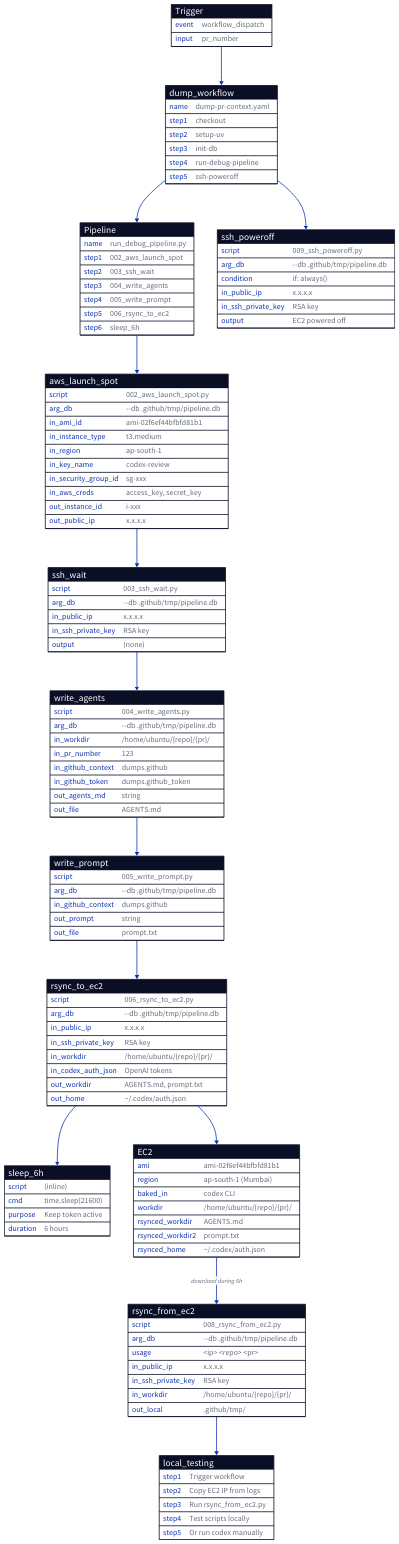
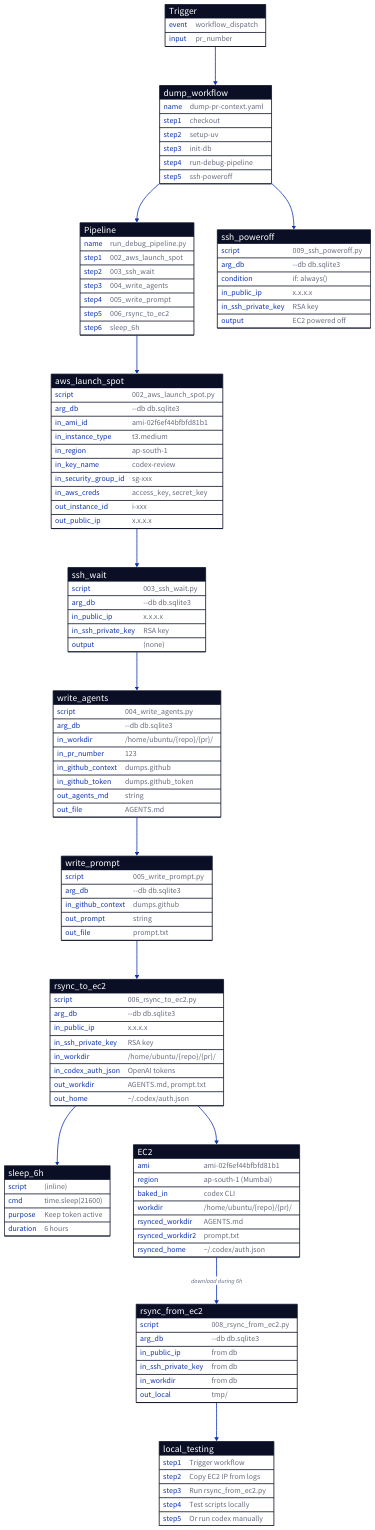
The diagram in flow_diagrams/debug_flow.d2 (fossh/codex-code-review-poc1), drawn with D2 before and after one commit. The commit also changed 9 other files, not shown here.

```diff
--- a/flow_diagrams/debug_flow.d2
+++ b/flow_diagrams/debug_flow.d2
@@ -1,154 +1,153 @@
 direction: down
 
 # Debug/Local Testing Flow
 
 # Trigger
 Trigger: {
   shape: sql_table
   event: "workflow_dispatch"
   input: "pr_number"
 }
 
 # Dump Workflow
 dump_workflow: {
   shape: sql_table
   name: "dump-pr-context.yaml"
   step1: "checkout"
   step2: "setup-uv"
   step3: "init-db"
   step4: "run-debug-pipeline"
   step5: "ssh-poweroff"
 }
 
 Trigger -> dump_workflow
 
 # Debug Pipeline
 Pipeline: {
   shape: sql_table
   name: "run_debug_pipeline.py"
   step1: "002_aws_launch_spot"
   step2: "003_ssh_wait"
   step3: "004_write_agents"
   step4: "005_write_prompt"
   step5: "006_rsync_to_ec2"
   step6: "sleep_6h"
 }
 
 aws_launch_spot: {
   shape: sql_table
   script: "002_aws_launch_spot.py"
-  arg_db: "--db .github/tmp/pipeline.db"
+  arg_db: "--db db.sqlite3"
   in_ami_id: "ami-02f6ef44bfbfd81b1"
   in_instance_type: "t3.medium"
   in_region: "ap-south-1"
   in_key_name: "codex-review"
   in_security_group_id: "sg-xxx"
   in_aws_creds: "access_key, secret_key"
   out_instance_id: "i-xxx"
   out_public_ip: "x.x.x.x"
 }
 
 ssh_wait: {
   shape: sql_table
   script: "003_ssh_wait.py"
-  arg_db: "--db .github/tmp/pipeline.db"
+  arg_db: "--db db.sqlite3"
   in_public_ip: "x.x.x.x"
   in_ssh_private_key: "RSA key"
   output: "(none)"
 }
 
 write_agents: {
   shape: sql_table
   script: "004_write_agents.py"
-  arg_db: "--db .github/tmp/pipeline.db"
+  arg_db: "--db db.sqlite3"
   in_workdir: "/home/ubuntu/{repo}/{pr}/"
   in_pr_number: "123"
   in_github_context: "dumps.github"
   in_github_token: "dumps.github_token"
   out_agents_md: "string"
   out_file: "AGENTS.md"
 }
 
 write_prompt: {
   shape: sql_table
   script: "005_write_prompt.py"
-  arg_db: "--db .github/tmp/pipeline.db"
+  arg_db: "--db db.sqlite3"
   in_github_context: "dumps.github"
   out_prompt: "string"
   out_file: "prompt.txt"
 }
 
 rsync_to_ec2: {
   shape: sql_table
   script: "006_rsync_to_ec2.py"
-  arg_db: "--db .github/tmp/pipeline.db"
+  arg_db: "--db db.sqlite3"
   in_public_ip: "x.x.x.x"
   in_ssh_private_key: "RSA key"
   in_workdir: "/home/ubuntu/{repo}/{pr}/"
   in_codex_auth_json: "OpenAI tokens"
   out_workdir: "AGENTS.md, prompt.txt"
   out_home: "~/.codex/auth.json"
 }
 
 sleep_6h: {
   shape: sql_table
   script: "(inline)"
   cmd: "time.sleep(21600)"
   purpose: "Keep token active"
   duration: "6 hours"
 }
 
 ssh_poweroff: {
   shape: sql_table
   script: "009_ssh_poweroff.py"
-  arg_db: "--db .github/tmp/pipeline.db"
+  arg_db: "--db db.sqlite3"
   condition: "if: always()"
   in_public_ip: "x.x.x.x"
   in_ssh_private_key: "RSA key"
   output: "EC2 powered off"
 }
 
 dump_workflow -> Pipeline
 Pipeline -> aws_launch_spot -> ssh_wait -> write_agents -> write_prompt
 write_prompt -> rsync_to_ec2 -> sleep_6h
 dump_workflow -> ssh_poweroff
 
 # EC2 Instance
 EC2: {
   shape: sql_table
   ami: "ami-02f6ef44bfbfd81b1"
   region: "ap-south-1 (Mumbai)"
   baked_in: "codex CLI"
   workdir: "/home/ubuntu/{repo}/{pr}/"
   rsynced_workdir: "AGENTS.md"
   rsynced_workdir2: "prompt.txt"
   rsynced_home: "~/.codex/auth.json"
 }
 
 rsync_to_ec2 -> EC2
 
 # Local Download
 rsync_from_ec2: {
   shape: sql_table
   script: "008_rsync_from_ec2.py"
-  arg_db: "--db .github/tmp/pipeline.db"
-  usage: "<ip> <repo> <pr>"
-  in_public_ip: "x.x.x.x"
-  in_ssh_private_key: "RSA key"
-  in_workdir: "/home/ubuntu/{repo}/{pr}/"
-  out_local: ".github/tmp/"
+  arg_db: "--db db.sqlite3"
+  in_public_ip: "from db"
+  in_ssh_private_key: "from db"
+  in_workdir: "from db"
+  out_local: "tmp/"
 }
 
 EC2 -> rsync_from_ec2: "download during 6h"
 
 # Local Testing Instructions
 local_testing: {
   shape: sql_table
   step1: "Trigger workflow"
   step2: "Copy EC2 IP from logs"
   step3: "Run rsync_from_ec2.py"
   step4: "Test scripts locally"
   step5: "Or run codex manually"
 }
 
 rsync_from_ec2 -> local_testing
```
